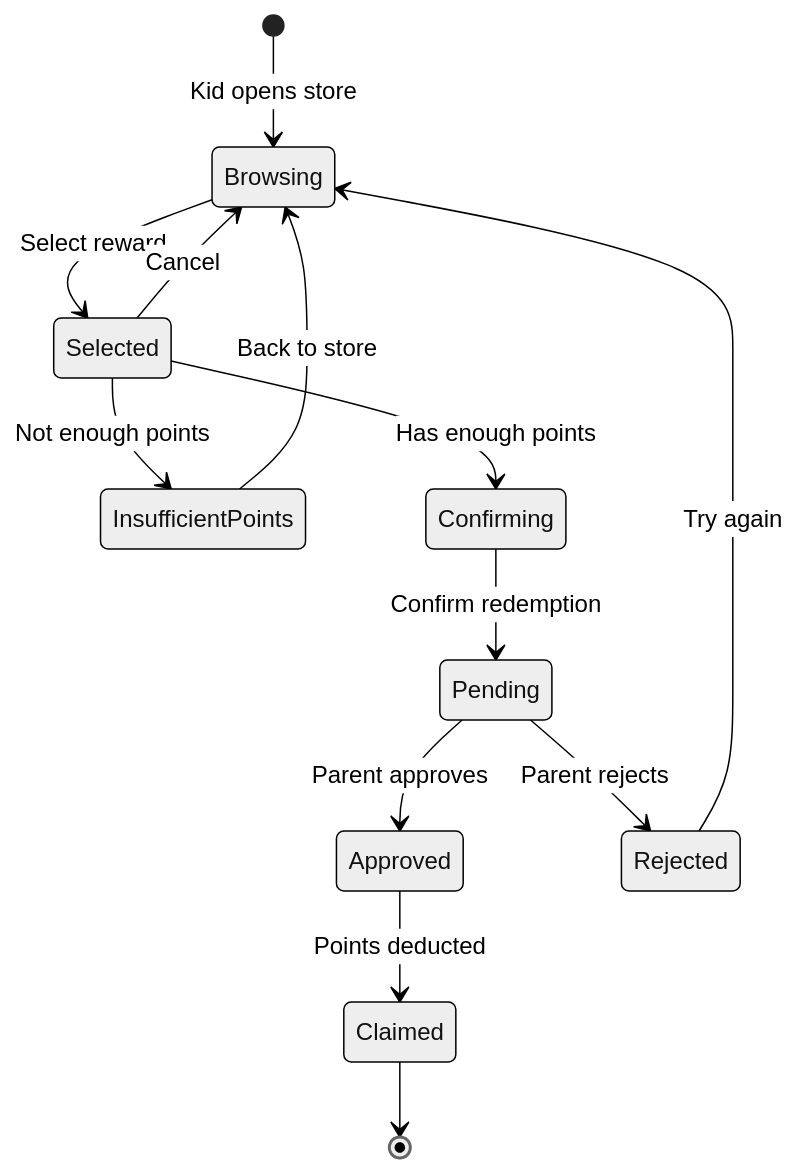
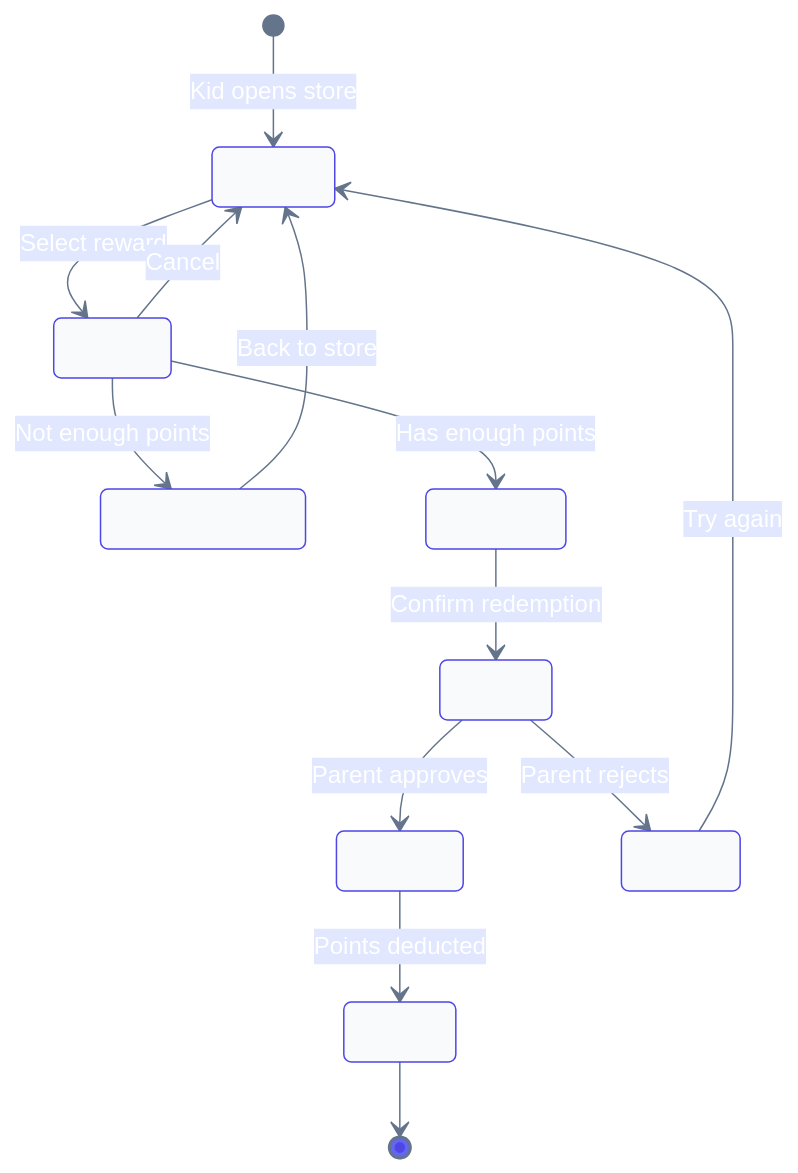
The fifth of 6 diagrams in README.md (anisha-agarwal/chore-champions), drawn with Mermaid before and after one commit. The commit also changed other lines of this file and 2 other files, not shown here.

First line of the commit message:
Improve Mermaid diagram contrast for dark mode

````diff
--- a/README.md
+++ b/README.md
@@ -209,16 +209,16 @@
 ```mermaid
-%%{init: {'theme': 'neutral'}}%%
+%%{init: {'theme': 'base', 'themeVariables': {'primaryColor': '#6366f1', 'primaryTextColor': '#fff', 'primaryBorderColor': '#4f46e5', 'lineColor': '#64748b', 'secondaryColor': '#e0e7ff', 'tertiaryColor': '#f1f5f9', 'stateBkg': '#f8fafc', 'stateBorder': '#94a3b8'}}}%%
 stateDiagram-v2
     [*] --> Browsing: Kid opens store
     Browsing --> Selected: Select reward
     Selected --> Browsing: Cancel
     Selected --> InsufficientPoints: Not enough points
     InsufficientPoints --> Browsing: Back to store
     Selected --> Confirming: Has enough points
     Confirming --> Pending: Confirm redemption
     Pending --> Approved: Parent approves
     Pending --> Rejected: Parent rejects
     Approved --> Claimed: Points deducted
     Rejected --> Browsing: Try again
     Claimed --> [*]
 ```
````
